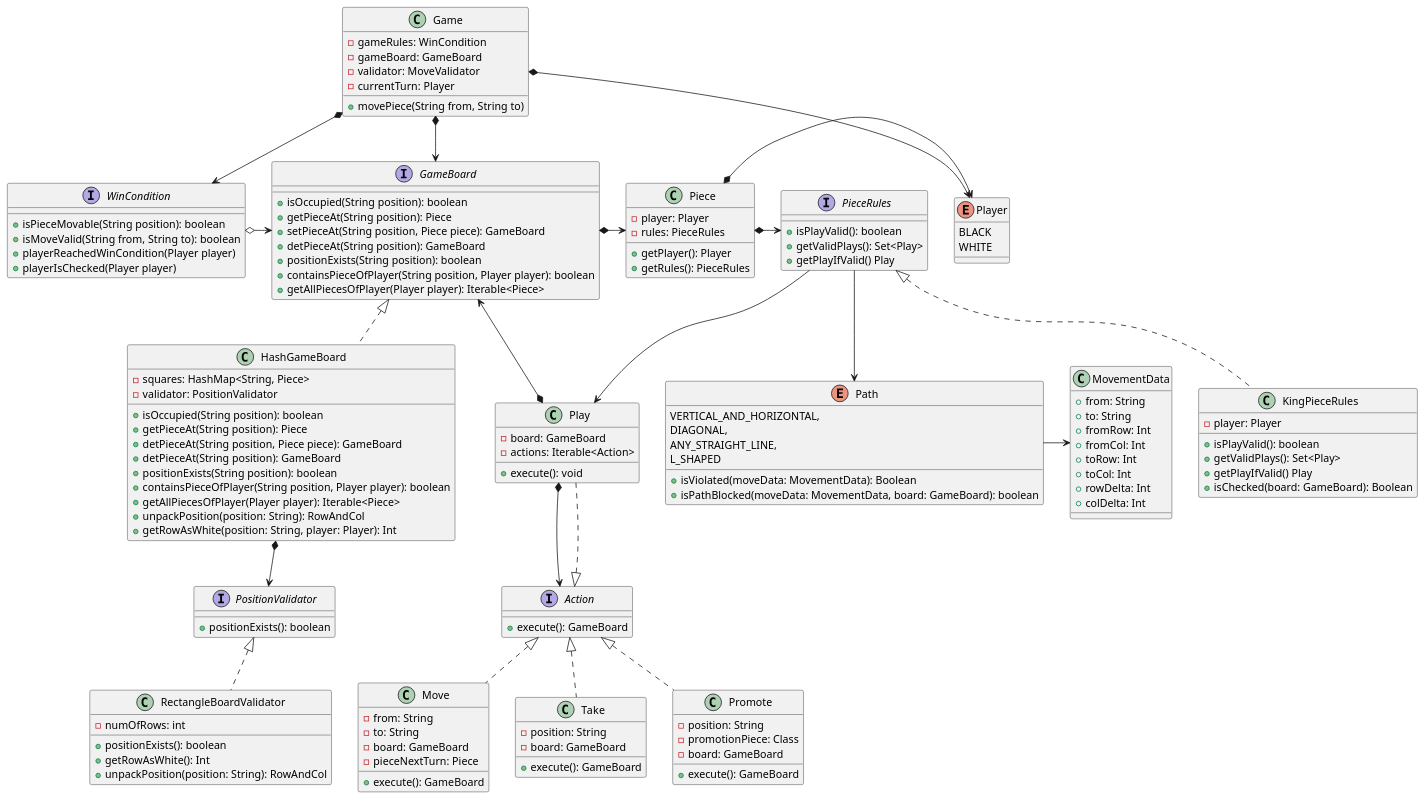
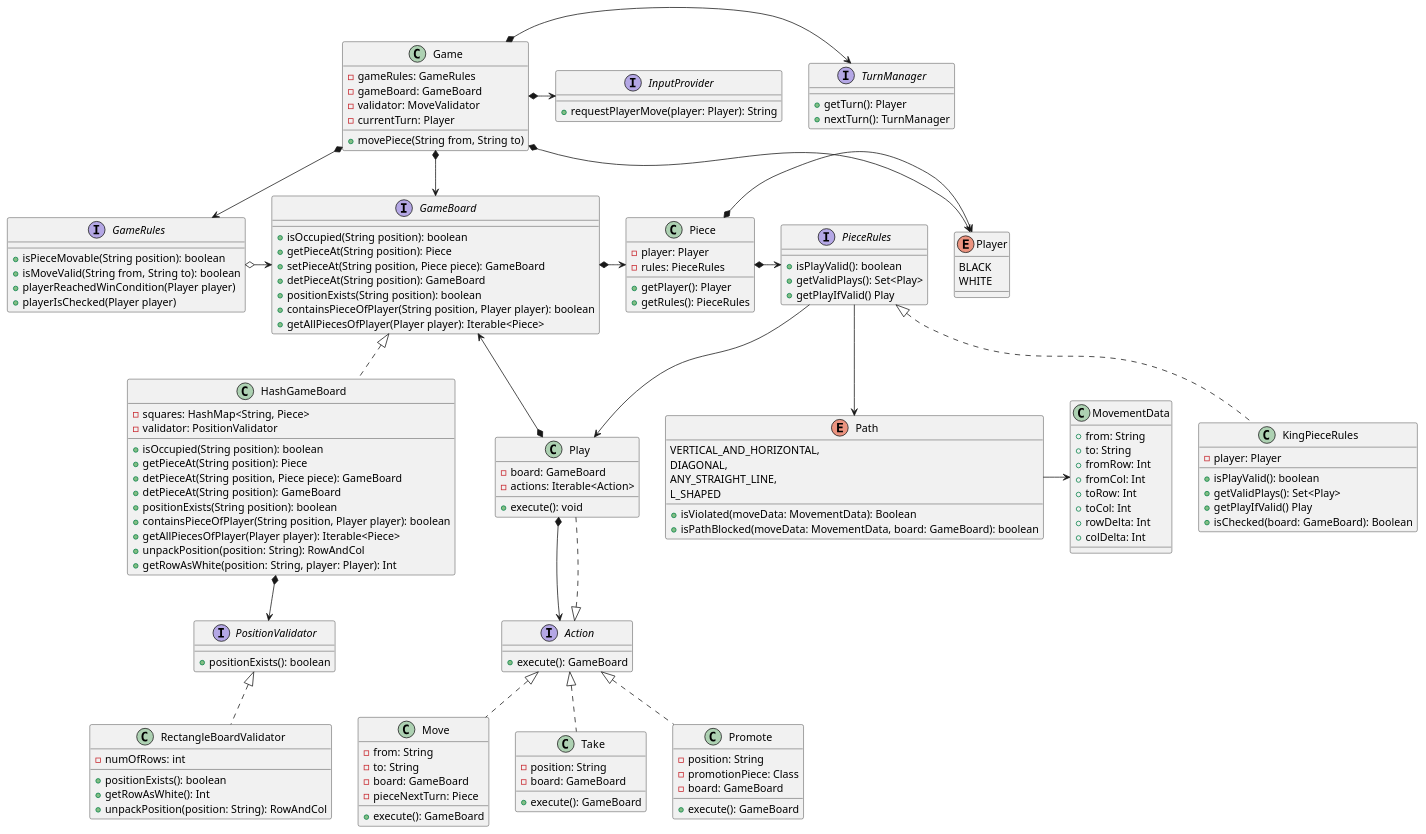
Before and after one commit to TomRolB/chess-framework: the diagram in diagrams/Chess.puml, drawn with PlantUML. The commit also changed 8 other files, not shown here.

```diff
--- a/diagrams/Chess.puml
+++ b/diagrams/Chess.puml
@@ -12,7 +12,7 @@
 }
 
 class Game {
-    - gameRules: WinCondition
+    - gameRules: GameRules
     - gameBoard: GameBoard
     - validator: MoveValidator
     - currentTurn: Player
@@ -20,7 +20,16 @@
     + movePiece(String from, String to)
 }
 
-interface WinCondition {
+interface InputProvider {
+    + requestPlayerMove(player: Player): String
+}
+
+interface TurnManager {
+    + getTurn(): Player
+    + nextTurn(): TurnManager
+}
+
+interface GameRules {
     + isPieceMovable(String position): boolean
     + isMoveValid(String from, String to): boolean
     + playerReachedWinCondition(Player player)
@@ -215,11 +224,14 @@
 '    move(Square): void
 '}
 
-Game *--> WinCondition
+Game *--> GameRules
 Game *-> GameBoard
-'MoveValidator -> WinCondition
+Game *-> TurnManager
+Game *-> Player
+Game *-> InputProvider
+'MoveValidator -> GameRules
 
-WinCondition o-> GameBoard
+GameRules o-> GameBoard
 GameBoard *-> Piece
 HashGameBoard *--> PositionValidator
 'Piece -> MoveRuleSet
@@ -228,7 +240,6 @@
 Piece *-> Player
 Piece *-> PieceRules
 PieceRules --> Path
-Game *-> Player
 PieceRules -> Play
 Play *--> Action
 Play *--> GameBoard
```
